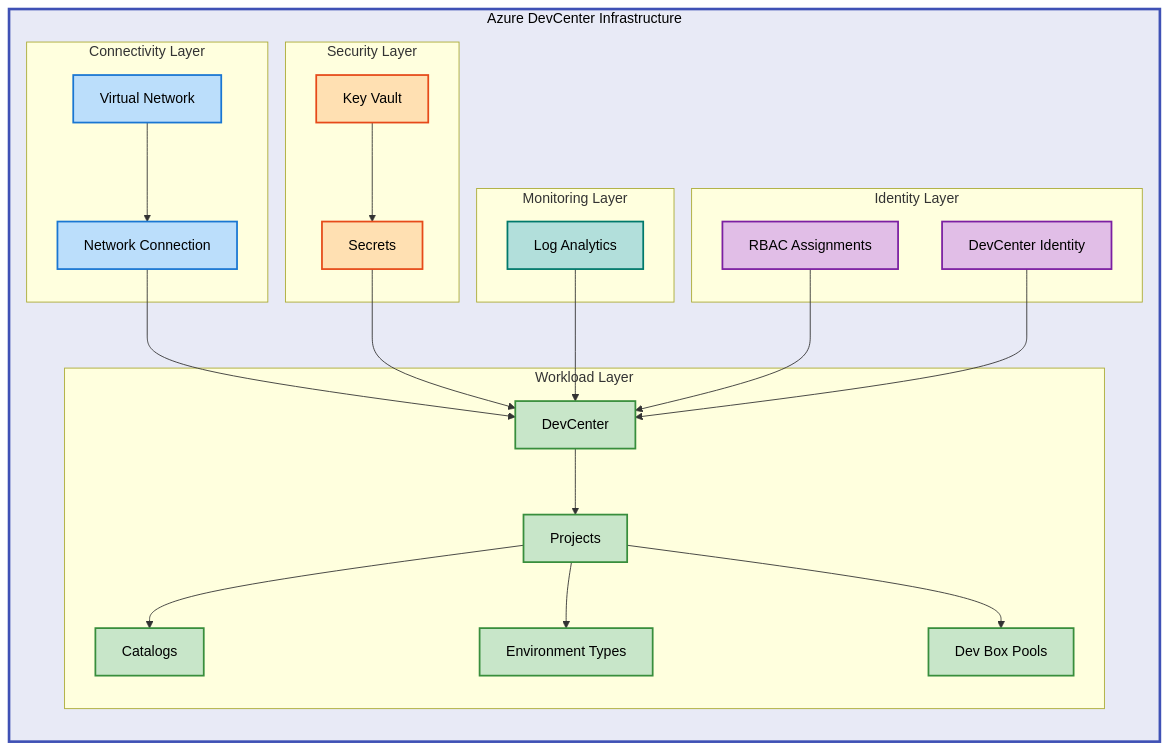
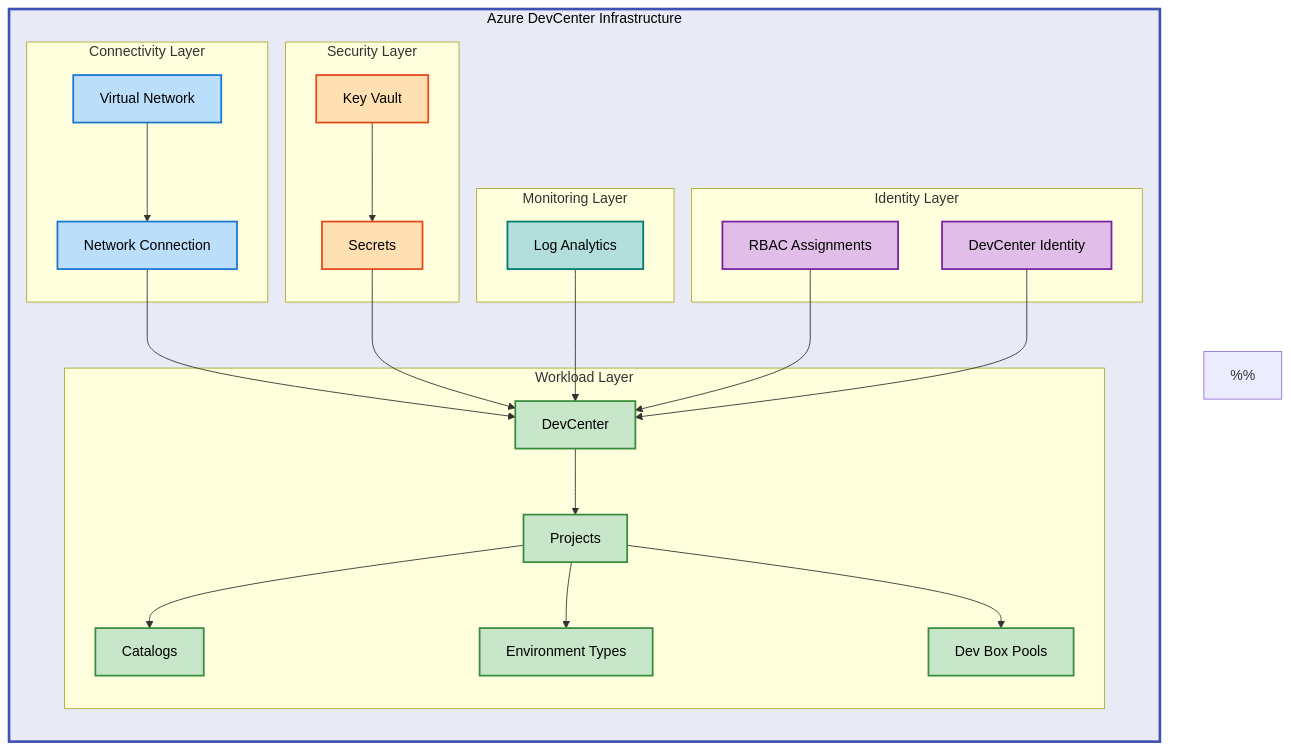
Before and after one commit to Evilazaro/DevExp-DevBox: the diagram in README.md, drawn with Mermaid.

Commit message:
Enhance architecture diagram in README.md with detailed descriptions and color scheme for Azure DevCenter Infrastructure layers

````diff
--- a/README.md
+++ b/README.md
@@ -27,35 +27,60 @@
 ```mermaid
 %%{init: {"flowchart": {"htmlLabels": false}} }%%
 flowchart TB
+    %% ============================================
+    %% Azure DevCenter Infrastructure Architecture
+    %% ============================================
+    %% This diagram illustrates the complete infrastructure deployment
+    %% following Azure Landing Zone principles with modular Bicep templates.
+    %% Architecture includes: Connectivity, Security, Monitoring, Identity, and Workload layers.
+    %%
+    %% Color Scheme: Material Design with WCAG AA compliance
+    %% - Main Container (Indigo 50): #E8EAF6 - Neutral system boundary
+    %% - Blue: Connectivity/Network resources
+    %% - Orange: Security resources (Key Vault, Secrets)
+    %% - Teal: Monitoring/Observability resources
+    %% - Purple: Identity/RBAC resources
+    %% - Green: DevCenter workload resources
+    %% ============================================
+
+    %% ============================================
+    %% STANDARD COLOR SCHEME (Material Design)
+    %% ============================================
     classDef mainGroup fill:#E8EAF6,stroke:#3F51B5,stroke-width:3px,color:#000
     classDef mdBlue fill:#BBDEFB,stroke:#1976D2,stroke-width:2px,color:#000
     classDef mdGreen fill:#C8E6C9,stroke:#388E3C,stroke-width:2px,color:#000
     classDef mdOrange fill:#FFE0B2,stroke:#E64A19,stroke-width:2px,color:#000
     classDef mdPurple fill:#E1BEE7,stroke:#7B1FA2,stroke-width:2px,color:#000
     classDef mdTeal fill:#B2DFDB,stroke:#00796B,stroke-width:2px,color:#000
+    %% ============================================
 
     subgraph system["Azure DevCenter Infrastructure"]
         direction TB
 
+        %% Network foundation layer
         subgraph connectivity["Connectivity Layer"]
             vnet["Virtual Network"]:::mdBlue
             netconn["Network Connection"]:::mdBlue
         end
 
+        %% Security and secrets management
         subgraph security["Security Layer"]
             kv["Key Vault"]:::mdOrange
             secrets["Secrets"]:::mdOrange
         end
 
+        %% Observability and monitoring
         subgraph monitoring["Monitoring Layer"]
             la["Log Analytics"]:::mdTeal
         end
 
+        %% Access control and permissions
         subgraph identity["Identity Layer"]
             rbac["RBAC Assignments"]:::mdPurple
             devid["DevCenter Identity"]:::mdPurple
         end
 
+        %% Core DevCenter workload resources
         subgraph workload["Workload Layer"]
             dc["DevCenter"]:::mdGreen
             proj["Projects"]:::mdGreen
@@ -64,18 +89,28 @@
             pools["Dev Box Pools"]:::mdGreen
         end
 
+        %% Network connectivity flow
         vnet --> netconn
         netconn --> dc
+
+        %% Security integration
         kv --> secrets
         secrets --> dc
+
+        %% Monitoring integration
         la --> dc
+
+        %% Identity and access control
         rbac --> dc
         devid --> dc
+
+        %% DevCenter resource hierarchy
         dc --> proj
         proj --> catalog
         proj --> envtype
         proj --> pools
     end
 
+    %% Apply main container styling
     class system mainGroup
 ```
````
